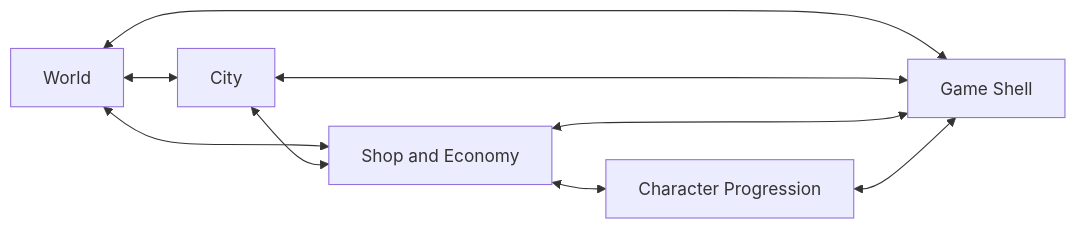
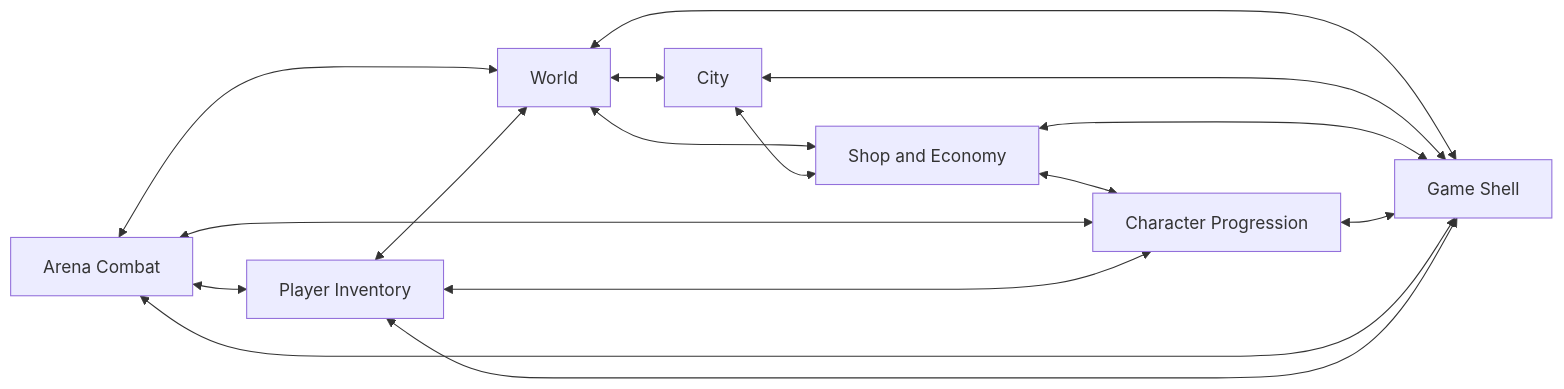
One commit to lukin-io/mmorpg changed the diagram in doc/features/README.md. Above: the diagram before and after it, drawn with Mermaid. The commit also changed other lines of this file and 153 other files, not shown here.

````diff
--- a/doc/features/README.md
+++ b/doc/features/README.md
@@ -109,11 +111,18 @@
 ```mermaid
 flowchart LR
     World["World"] <--> City["City"]
     World <--> Shell["Game Shell"]
     World <--> Shop["Shop and Economy"]
     City <--> Shell
     City <--> Shop
     Shop <--> Shell
     Shop <--> Progression["Character Progression"]
     Progression <--> Shell
+    Arena["Arena Combat"] <--> World
+    Arena <--> Shell
+    Arena <--> Progression
+    Arena <--> Inventory["Player Inventory"]
+    Inventory <--> World
+    Inventory <--> Shell
+    Inventory <--> Progression
 ```
````
